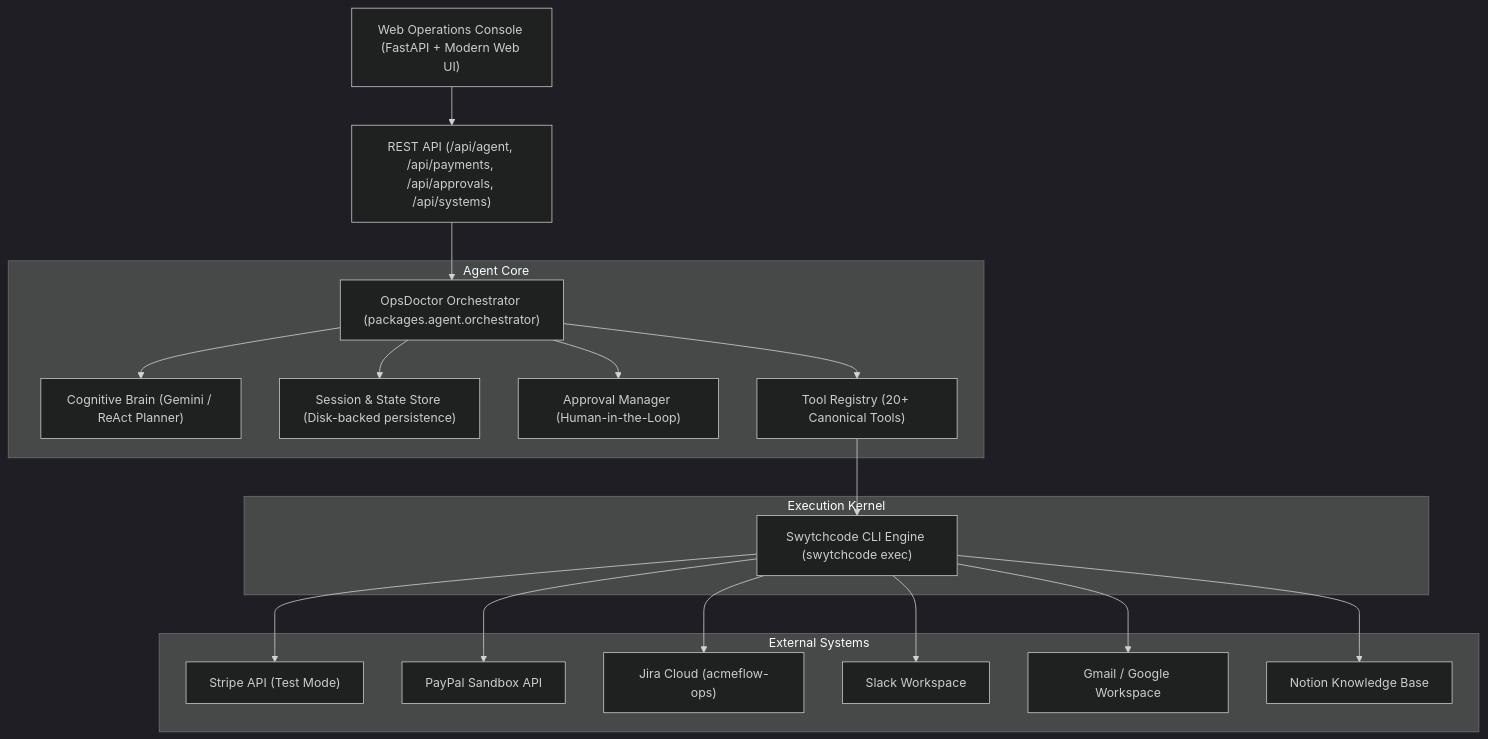
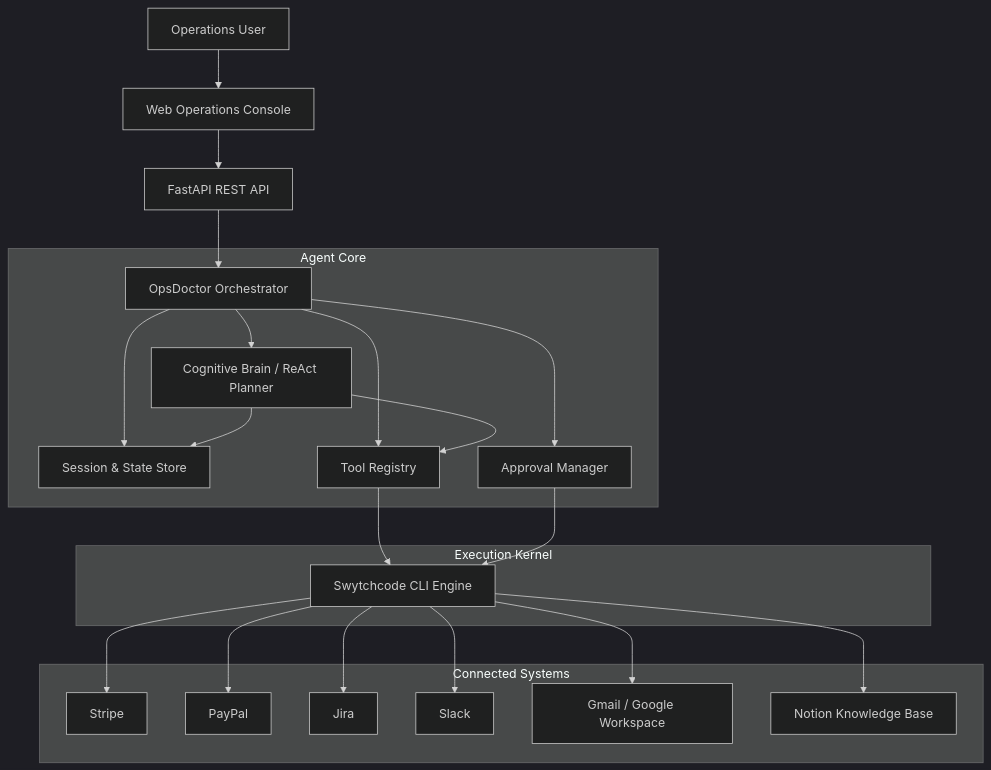
Before and after one commit to shubhamranswal/opsdoctor: the diagram in README.md, drawn with Mermaid (dark theme). The commit also changed other lines of this file, not shown here.

````diff
--- a/README.md
+++ b/README.md
@@ -56,25 +339,32 @@
 ```mermaid
 flowchart TD
-    UI["Web Operations Console (FastAPI + Modern Web UI)"] --> API["REST API (/api/agent, /api/payments, /api/approvals, /api/systems)"]
-    API --> Orchestrator["OpsDoctor Orchestrator (packages.agent.orchestrator)"]
-    
-    subgraph Agent Core
-        Orchestrator --> Brain["Cognitive Brain (Gemini / ReAct Planner)"]
-        Orchestrator --> Memory["Session & State Store (Disk-backed persistence)"]
-        Orchestrator --> Approvals["Approval Manager (Human-in-the-Loop)"]
-        Orchestrator --> Registry["Tool Registry (20+ Canonical Tools)"]
+    User["Operations User"] --> UI["Web Operations Console"]
+
+    UI --> API["FastAPI REST API"]
+
+    API --> Orchestrator["OpsDoctor Orchestrator"]
+
+    subgraph AgentCore["Agent Core"]
+        Orchestrator --> Brain["Cognitive Brain / ReAct Planner"]
+        Orchestrator --> Memory["Session & State Store"]
+        Orchestrator --> Approval["Approval Manager"]
+        Orchestrator --> Registry["Tool Registry"]
     end
 
-    subgraph Execution Kernel
-        Registry --> Swytchcode["Swytchcode CLI Engine (swytchcode exec)"]
+    subgraph Execution["Execution Kernel"]
+        Registry --> Swytchcode["Swytchcode CLI Engine"]
     end
 
-    subgraph External Systems
-        Swytchcode --> Stripe["Stripe API (Test Mode)"]
-        Swytchcode --> PayPal["PayPal Sandbox API"]
-        Swytchcode --> Jira["Jira Cloud (acmeflow-ops)"]
-        Swytchcode --> Slack["Slack Workspace"]
+    subgraph Providers["Connected Systems"]
+        Swytchcode --> Stripe["Stripe"]
+        Swytchcode --> PayPal["PayPal"]
+        Swytchcode --> Jira["Jira"]
+        Swytchcode --> Slack["Slack"]
         Swytchcode --> Gmail["Gmail / Google Workspace"]
         Swytchcode --> Notion["Notion Knowledge Base"]
     end
+
+    Brain --> Registry
+    Brain --> Memory
+    Approval --> Swytchcode
 ```
````
